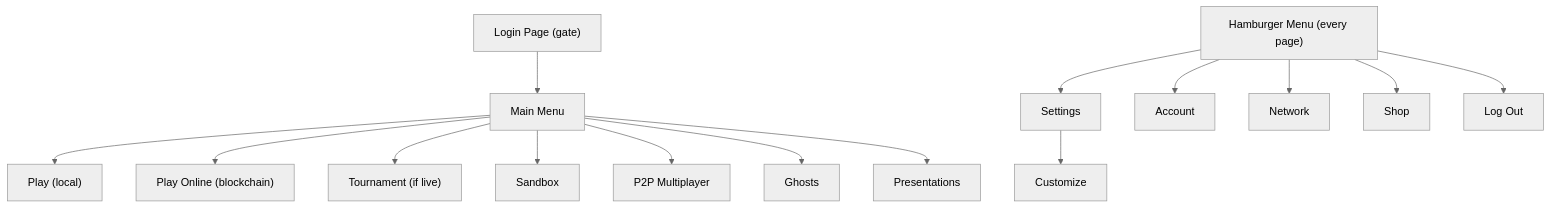
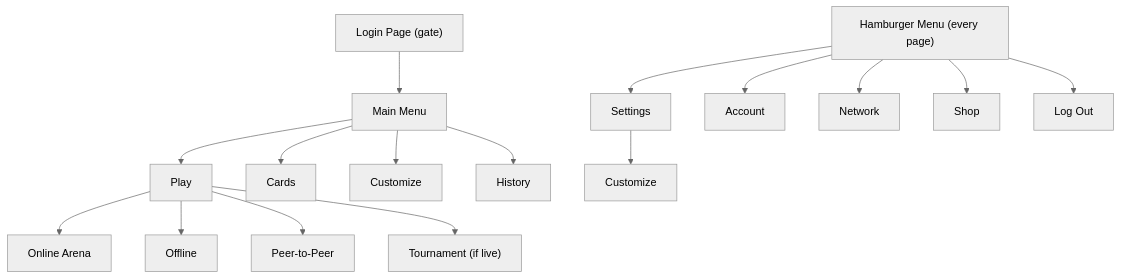
The diagram in docs/UI_FLOW.md (shawntabrizi/open-auto-battler), drawn with Mermaid (neutral theme) before and after one commit. The commit also changed other lines of this file and 7 other files, not shown here.

````diff
--- a/docs/UI_FLOW.md
+++ b/docs/UI_FLOW.md
@@ -9,23 +9,25 @@
 ```mermaid
 flowchart TD
   Login["Login Page (gate)"]
 
   Login --> Main["Main Menu"]
 
-  Main --> Play["Play (local)"]
-  Main --> PlayOnline["Play Online (blockchain)"]
-  Main --> Tournament["Tournament (if live)"]
-  Main --> Sandbox["Sandbox"]
-  Main --> P2P["P2P Multiplayer"]
-  Main --> Ghosts["Ghosts"]
-  Main --> Presentations["Presentations"]
+  Main --> Play["Play"]
+  Main --> Cards["Cards"]
+  Main --> Customize["Customize"]
+  Main --> History["History"]
+
+  Play --> OnlineArena["Online Arena"]
+  Play --> Offline["Offline"]
+  Play --> P2P["Peer-to-Peer"]
+  Play --> Tournament["Tournament (if live)"]
 
   Hamburger["Hamburger Menu (every page)"]
   Hamburger --> Settings["Settings"]
   Hamburger --> Account["Account"]
   Hamburger --> Network["Network"]
   Hamburger --> Shop["Shop"]
   Hamburger --> Logout["Log Out"]
 
-  Settings --> Customize["Customize"]
+  Settings --> SettingsCustomize["Customize"]
 ```
````
